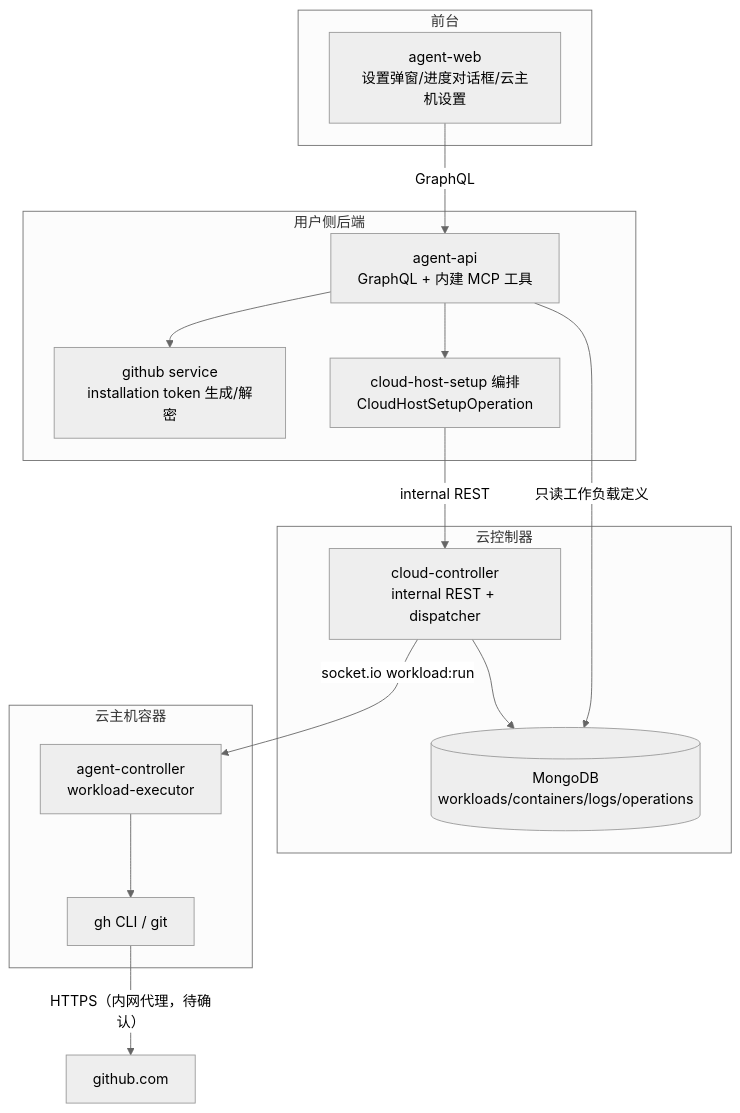
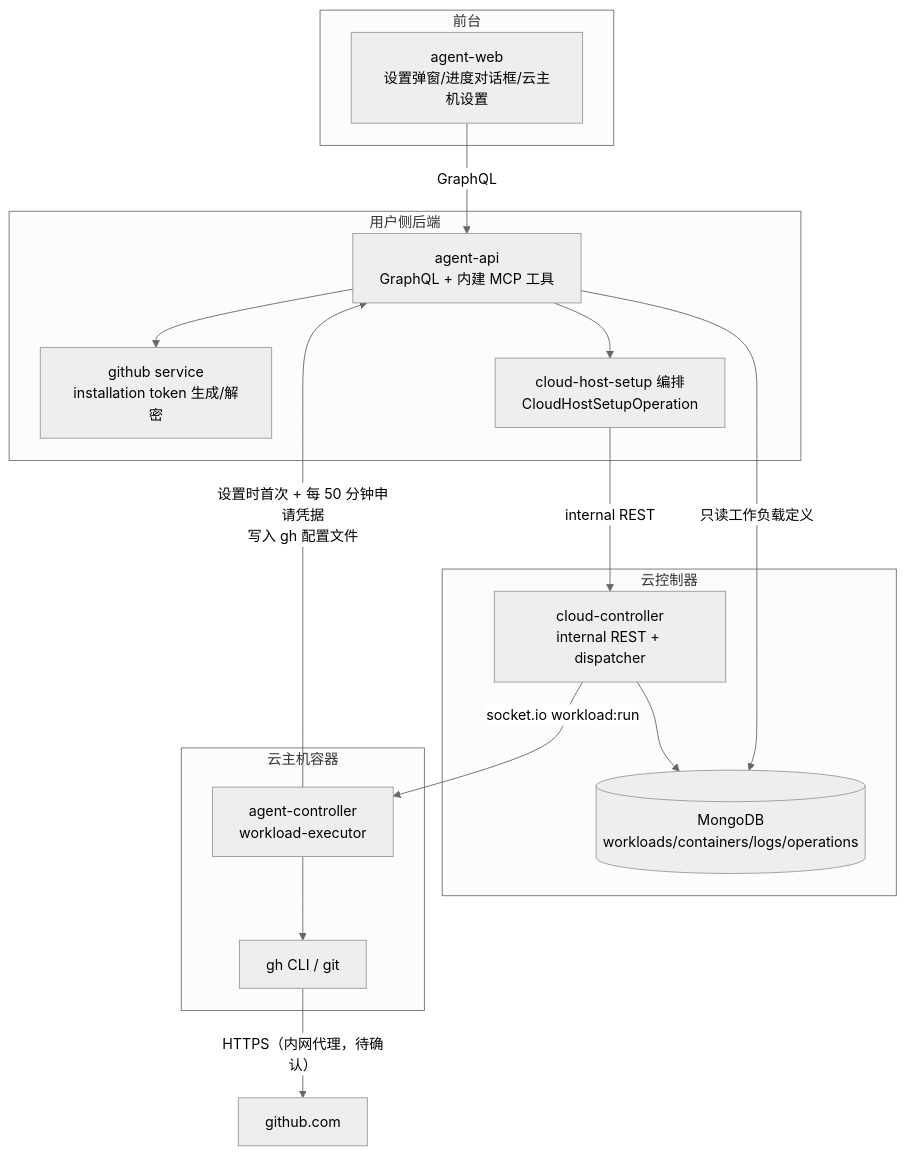
One commit to Deliay/z-agent-gear changed the first of 3 diagrams in docs/engineering/proposals/20261021-feat-github-workload.md. Above: the diagram before and after it, drawn with Mermaid (neutral theme). The commit also changed other lines of this file and 2 other files, not shown here.

````diff
--- a/docs/engineering/proposals/20261021-feat-github-workload.md
+++ b/docs/engineering/proposals/20261021-feat-github-workload.md
@@ -53,28 +55,29 @@
 ```mermaid
 graph TD
     subgraph 前台
         AW[agent-web<br/>设置弹窗/进度对话框/云主机设置]
     end
     subgraph 用户侧后端
         AA[agent-api<br/>GraphQL + 内建 MCP 工具]
         GH[github service<br/>installation token 生成/解密]
         OP[cloud-host-setup 编排<br/>CloudHostSetupOperation]
     end
     subgraph 云控制器
         CC[cloud-controller<br/>internal REST + dispatcher]
         DB[(MongoDB<br/>workloads/containers/logs/operations)]
     end
     subgraph 云主机容器
         AC[agent-controller<br/>workload-executor]
         GHCLI[gh CLI / git]
     end
     AW -->|GraphQL| AA
     AA --> GH
     AA --> OP
     OP -->|internal REST| CC
     AA -->|只读工作负载定义| DB
     CC --> DB
     CC -->|socket.io workload:run| AC
     AC --> GHCLI
+    AC -->|设置时首次 + 每 50 分钟申请凭据<br/>写入 gh 配置文件| AA
     GHCLI -->|HTTPS（内网代理，待确认）| GITHUB[github.com]
 ```
````
